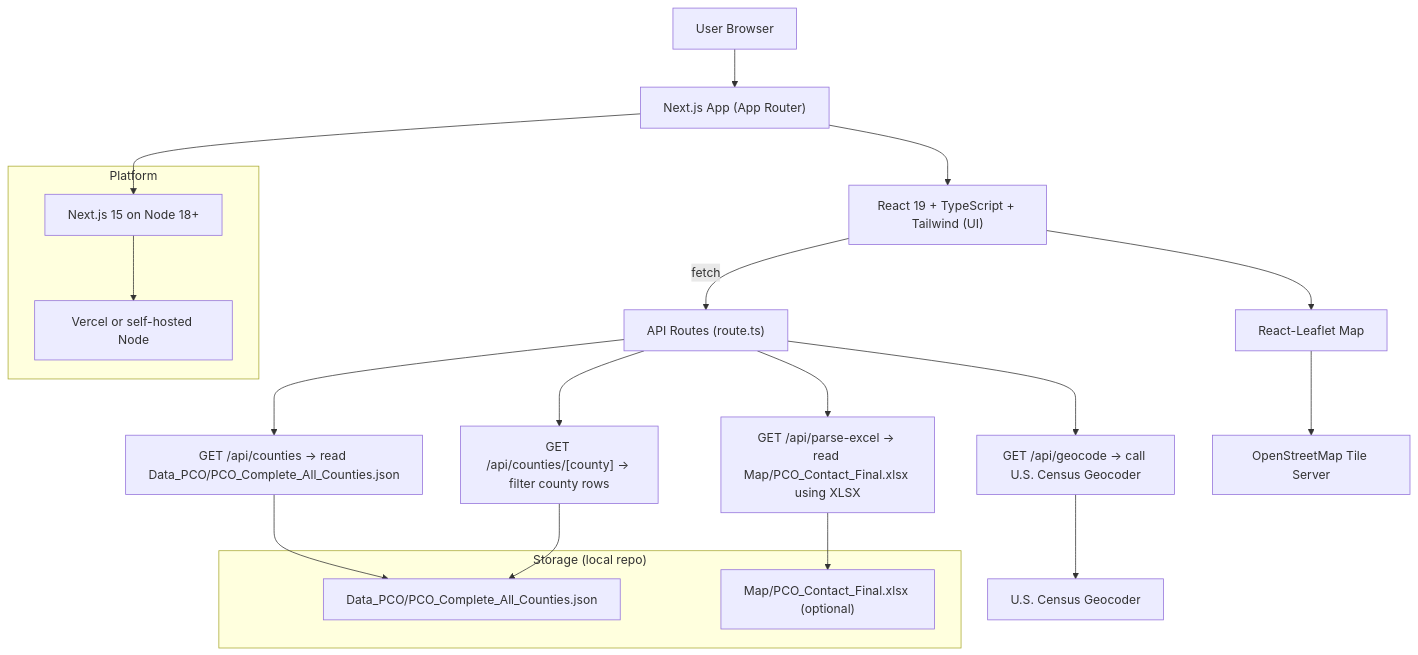
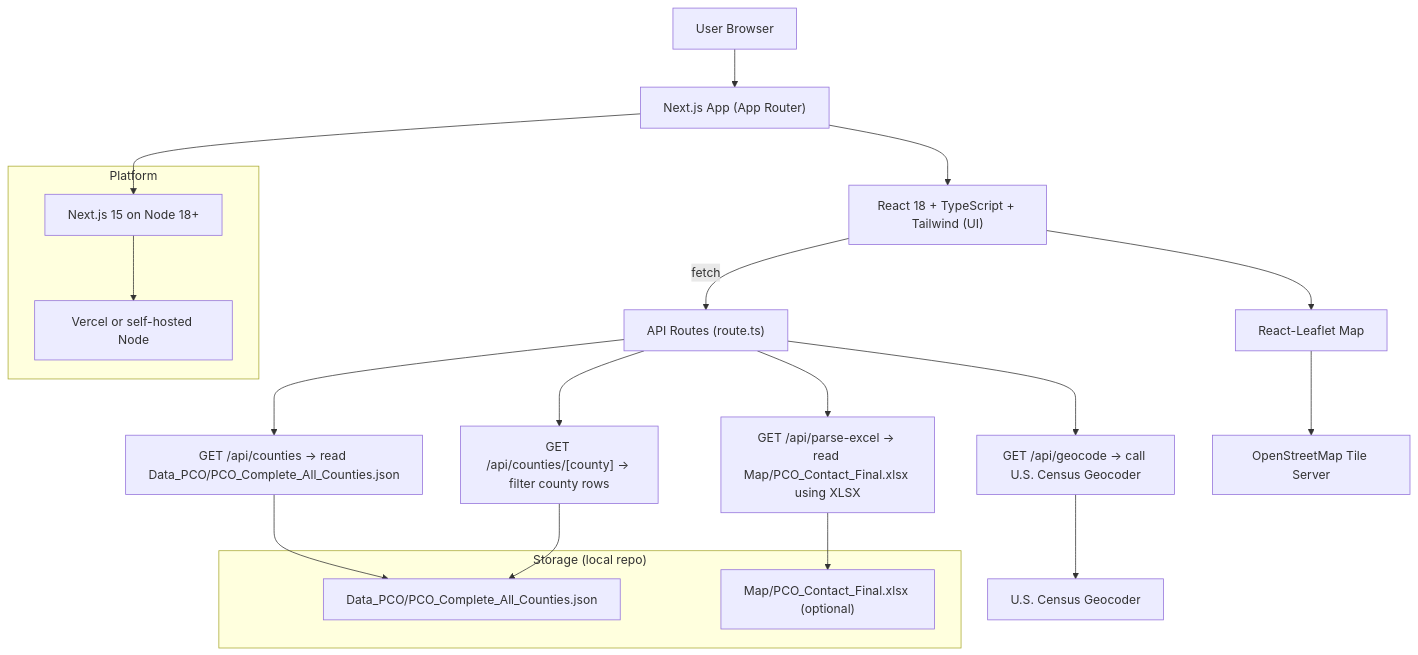
Before and after one commit to BUVKAUSHIK/TVW-PCO: the first of 3 diagrams in Technical Architecture/ARCHITECTURE.md, drawn with Mermaid. The commit also changed other lines of this file, not shown here.

Commit message:
docs: update ARCHITECTURE.md v1.0.1 for React 18 compatibility and Netlify deployment

````diff
--- a/Technical Architecture/ARCHITECTURE.md
+++ b/Technical Architecture/ARCHITECTURE.md
@@ -13,26 +13,26 @@
 ```mermaid
 graph TD
   A["User Browser"] --> B["Next.js App (App Router)"]
-  B --> C["React 19 + TypeScript + Tailwind (UI)"]
+  B --> C["React 18 + TypeScript + Tailwind (UI)"]
   C -->|"fetch"| D["API Routes (route.ts)"]
   D --> D1["GET /api/counties -> read Data_PCO/PCO_Complete_All_Counties.json"]
   D --> D2["GET /api/counties/[county] -> filter county rows"]
   D --> D3["GET /api/geocode -> call U.S. Census Geocoder"]
   D --> D4["GET /api/parse-excel -> read Map/PCO_Contact_Final.xlsx using XLSX"]
   C --> M["React-Leaflet Map"]
   M --> T["OpenStreetMap Tile Server"]
   D3 --> G["U.S. Census Geocoder"]
   subgraph "Storage (local repo)"
     H["Data_PCO/PCO_Complete_All_Counties.json"]
     I["Map/PCO_Contact_Final.xlsx (optional)"]
   end
   D1 --> H
   D2 --> H
   D4 --> I
   subgraph "Platform"
     P["Next.js 15 on Node 18+"]
     V["Vercel or self-hosted Node"]
   end
   B --> P
   P --> V
 ```
````
